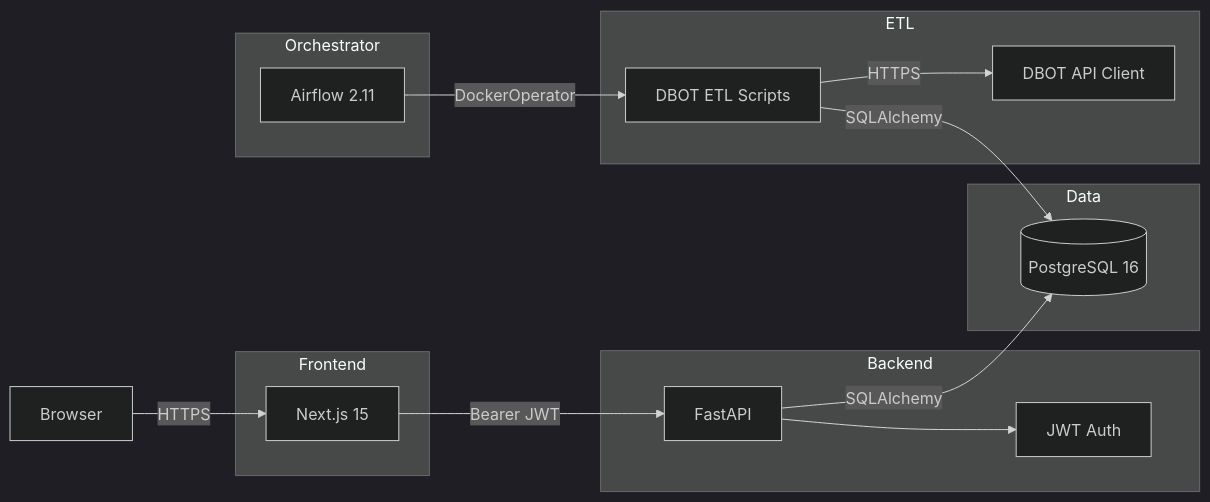
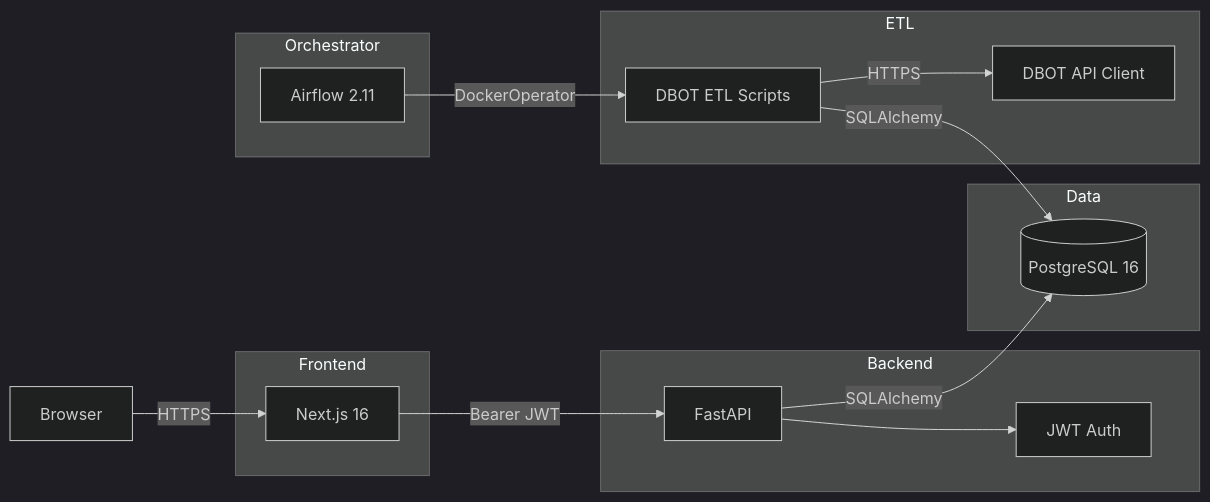
Before and after one commit to ToGiaBaoKDL/dbot-tracking: the diagram in README.md, drawn with Mermaid (dark theme). The commit also changed other lines of this file and 5 other files, not shown here.

````diff
--- a/README.md
+++ b/README.md
@@ -7,29 +7,29 @@
 ```mermaid
 flowchart LR
     User["Browser"]
     subgraph Frontend
-        Next["Next.js 15"]
+        Next["Next.js 16"]
     end
     subgraph Backend
         API["FastAPI"]
         Auth["JWT Auth"]
     end
     subgraph Data
         PG[(PostgreSQL 16)]
     end
     subgraph Orchestrator
         AF["Airflow 2.11"]
     end
     subgraph ETL
         Script["DBOT ETL Scripts"]
         Client["DBOT API Client"]
     end
 
     User -->|HTTPS| Next
     Next -->|Bearer JWT| API
     API --> Auth
     API -->|SQLAlchemy| PG
     AF -->|DockerOperator| Script
     Script -->|SQLAlchemy| PG
     Script -->|HTTPS| Client
 ```
````
